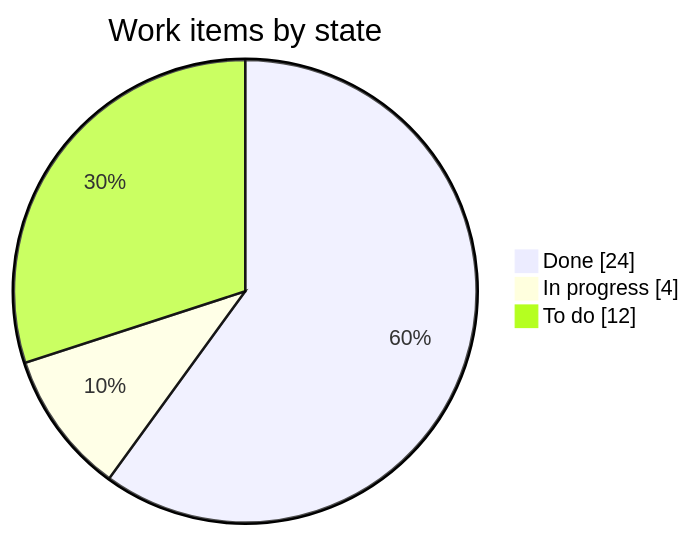
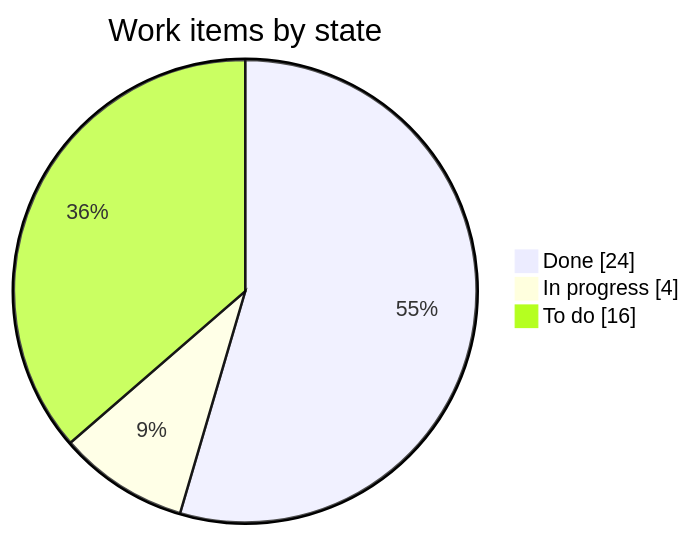
The first of 2 diagrams in STATUS.md (LoMagnette/ghost-light), drawn with Mermaid before and after one commit. The commit also changed other lines of this file, not shown here.

````diff
--- a/STATUS.md
+++ b/STATUS.md
@@ -31,7 +31,7 @@
 ```mermaid
 pie showData
     title Work items by state
     "Done" : 24
     "In progress" : 4
-    "To do" : 12
+    "To do" : 16
 ```
````
